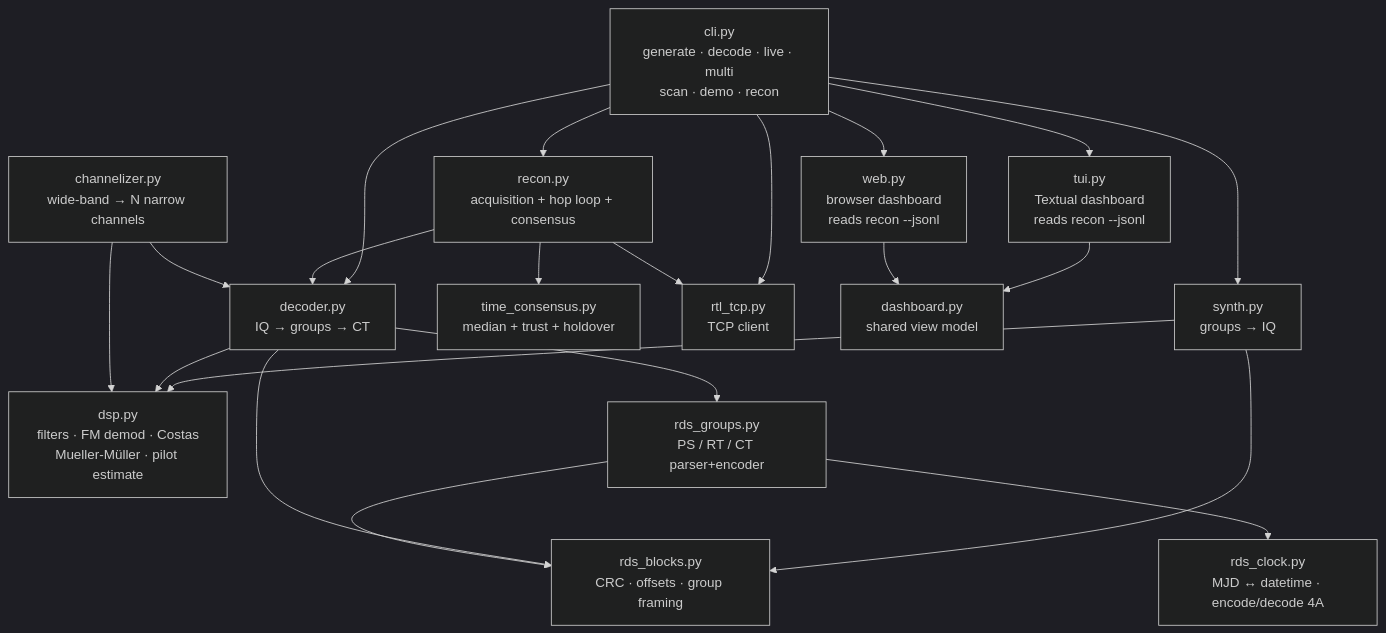
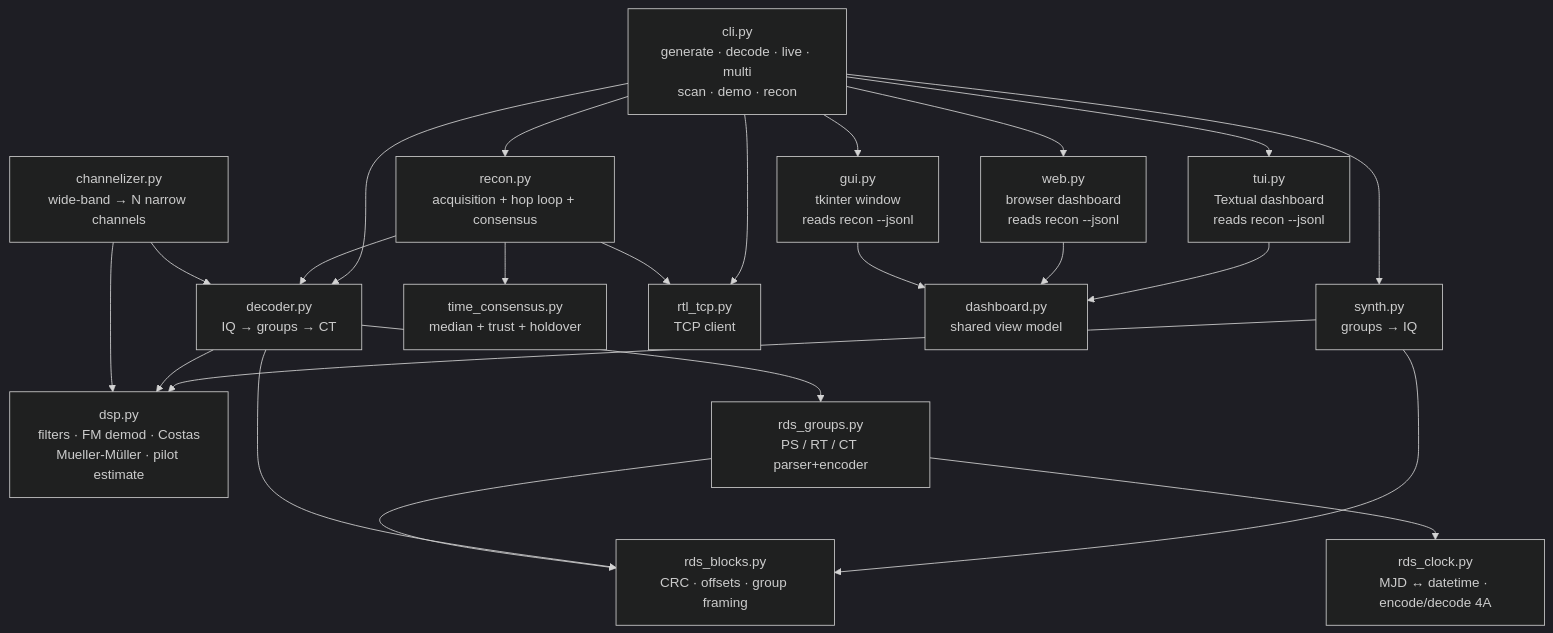
Before and after one commit to mateusz-klatt/rdsclock: the first of 2 diagrams in docs/ARCHITECTURE.md, drawn with Mermaid (dark theme). The commit also changed other lines of this file and 13 other files, not shown here.

First line of the commit message:
feat: add a desktop window for recon

````diff
--- a/docs/ARCHITECTURE.md
+++ b/docs/ARCHITECTURE.md
@@ -9,38 +9,41 @@
 ```mermaid
 flowchart TD
     cli[cli.py<br/>generate · decode · live · multi<br/>scan · demo · recon]
     synth[synth.py<br/>groups → IQ]
     decoder[decoder.py<br/>IQ → groups → CT]
     recon[recon.py<br/>acquisition + hop loop + consensus]
     dsp[dsp.py<br/>filters · FM demod · Costas<br/>Mueller-Müller · pilot estimate]
     channelizer[channelizer.py<br/>wide-band → N narrow channels]
     consensus[time_consensus.py<br/>median + trust + holdover]
     rds_blocks[rds_blocks.py<br/>CRC · offsets · group framing]
     rds_clock[rds_clock.py<br/>MJD ↔ datetime · encode/decode 4A]
     rds_groups[rds_groups.py<br/>PS / RT / CT parser+encoder]
     rtl_tcp[rtl_tcp.py<br/>TCP client]
     tui[tui.py<br/>Textual dashboard<br/>reads recon --jsonl]
     web[web.py<br/>browser dashboard<br/>reads recon --jsonl]
     dashboard[dashboard.py<br/>shared view model]
+    gui[gui.py<br/>tkinter window<br/>reads recon --jsonl]
 
     cli --> tui
     cli --> web
     tui --> dashboard
     web --> dashboard
+    cli --> gui
+    gui --> dashboard
     cli --> synth
     cli --> decoder
     cli --> recon
     cli --> rtl_tcp
     synth --> dsp
     synth --> rds_blocks
     decoder --> dsp
     decoder --> rds_blocks
     decoder --> rds_groups
     recon --> decoder
     recon --> rtl_tcp
     recon --> consensus
     channelizer --> dsp
     channelizer --> decoder
     rds_groups --> rds_clock
     rds_groups --> rds_blocks
 ```
````
